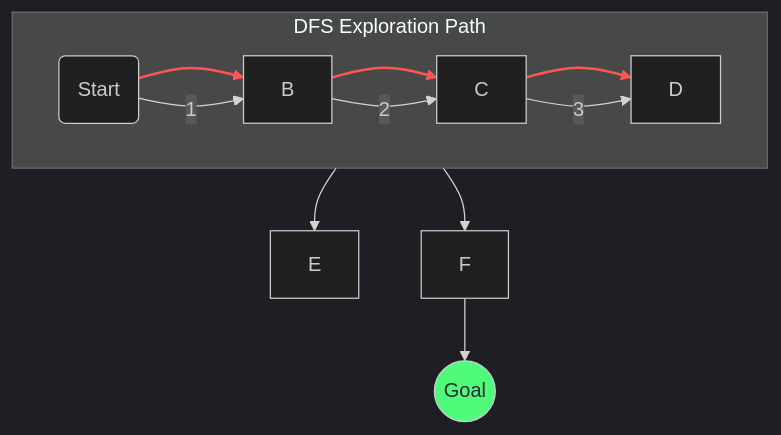
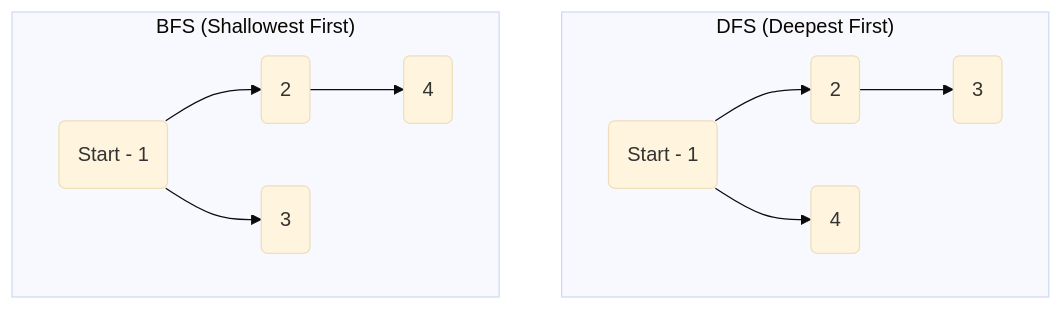
One commit to eltay89/eltay89.github.io changed the first of 4 diagrams in _posts/2025-08-08-ai-search-algorithms-a-z.md. Above: the diagram before and after it, drawn with Mermaid. The commit also changed other lines of this file, not shown here.

````diff
--- a/_posts/2025-08-08-ai-search-algorithms-a-z.md
+++ b/_posts/2025-08-08-ai-search-algorithms-a-z.md
@@ -38,17 +84,13 @@
 ```mermaid
-%%{ init: { 'theme': 'dark' } }%%
+%%{ init: { 'theme': 'base' } }%%
 graph TD
-    A(Start) --> B --> C --> D;
-    B --> E;
-    A --> F --> G((Goal));
-    
-    subgraph "DFS Exploration Path"
-        direction LR
-        A -- 1 --> B -- 2 --> C -- 3 --> D;
+    subgraph "DFS (Deepest First)"
+        A1(Start - 1) --> B2(2) --> D3(3)
+        A1 --> C4(4)
     end
-    
-    linkStyle 0,1,2 stroke:#ff5555,stroke-width:2px;
-    
-    classDef goal fill:#50fa7b,color:#282a36;
-    class G goal;
+    subgraph "BFS (Shallowest First)"
+        A1b(Start - 1) --> B2b(2)
+        A1b --> C3b(3)
+        B2b --> D4b(4)
+    end
 ```
````
